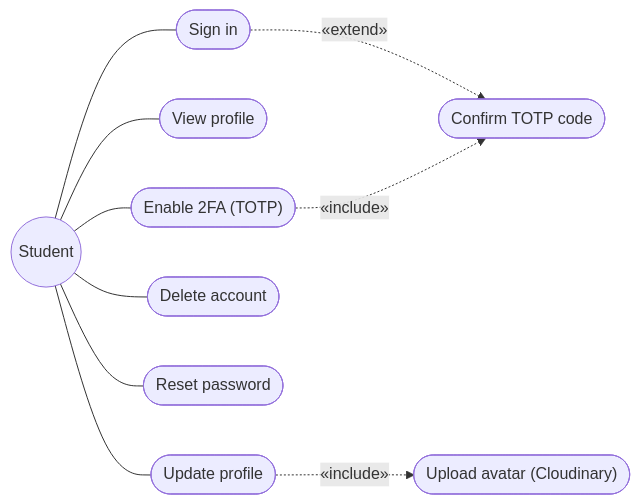
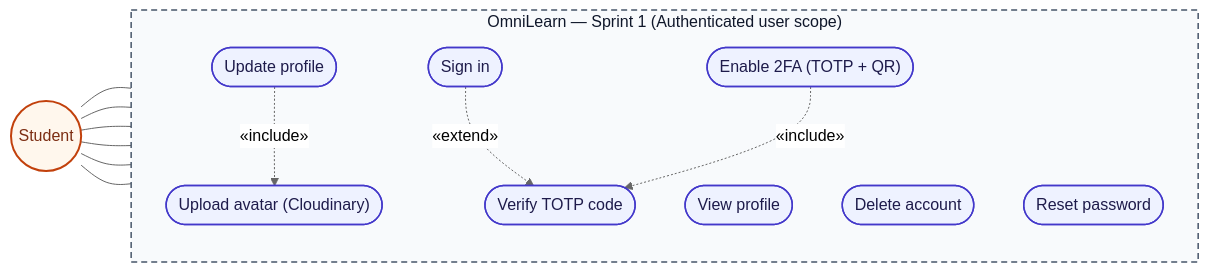
Before and after one commit to MaizaAymen/OmniLearn: the second of 11 diagrams in docs/05_chapitre3_sprint1.md, drawn with Mermaid. The commit also changed other lines of this file and 3 other files, not shown here.

````diff
--- a/docs/05_chapitre3_sprint1.md
+++ b/docs/05_chapitre3_sprint1.md
@@ -96,22 +106,32 @@
 ```mermaid
+%%{init: {"theme":"neutral"} }%%
 flowchart LR
-  Student((Student))
-  L(["Sign in"])
-  VP(["View profile"])
-  UP(["Update profile"])
-  DP(["Delete account"])
-  R(["Reset password"])
-  T(["Enable 2FA (TOTP)"])
-  U(["Upload avatar (Cloudinary)"])
-  CT(["Confirm TOTP code"])
+  classDef actor fill:#fff7ed,stroke:#c2410c,stroke-width:2px,color:#7c2d12
+  classDef uc    fill:#eef2ff,stroke:#4338ca,stroke-width:1.5px,color:#1e1b4b
+  classDef sys   fill:#f8fafc,stroke:#475569,stroke-width:1.5px,stroke-dasharray:6 4,color:#0f172a
+
+  Student((Student)):::actor
+
+  subgraph S["OmniLearn — Sprint 1 (Authenticated user scope)"]
+    direction TB
+    L(["Sign in"]):::uc
+    VP(["View profile"]):::uc
+    UP(["Update profile"]):::uc
+    DP(["Delete account"]):::uc
+    R(["Reset password"]):::uc
+    T(["Enable 2FA (TOTP + QR)"]):::uc
+    U(["Upload avatar (Cloudinary)"]):::uc
+    CT(["Verify TOTP code"]):::uc
+  end
+  class S sys
 
   Student --- L
   Student --- VP
   Student --- UP
   Student --- DP
   Student --- R
   Student --- T
-  UP -. "&laquo;include&raquo;" .-> U
-  L  -. "&laquo;extend&raquo;" .-> CT
-  T  -. "&laquo;include&raquo;" .-> CT
+  UP -. "«include»" .-> U
+  L  -. "«extend»"  .-> CT
+  T  -. "«include»" .-> CT
 ```
````
